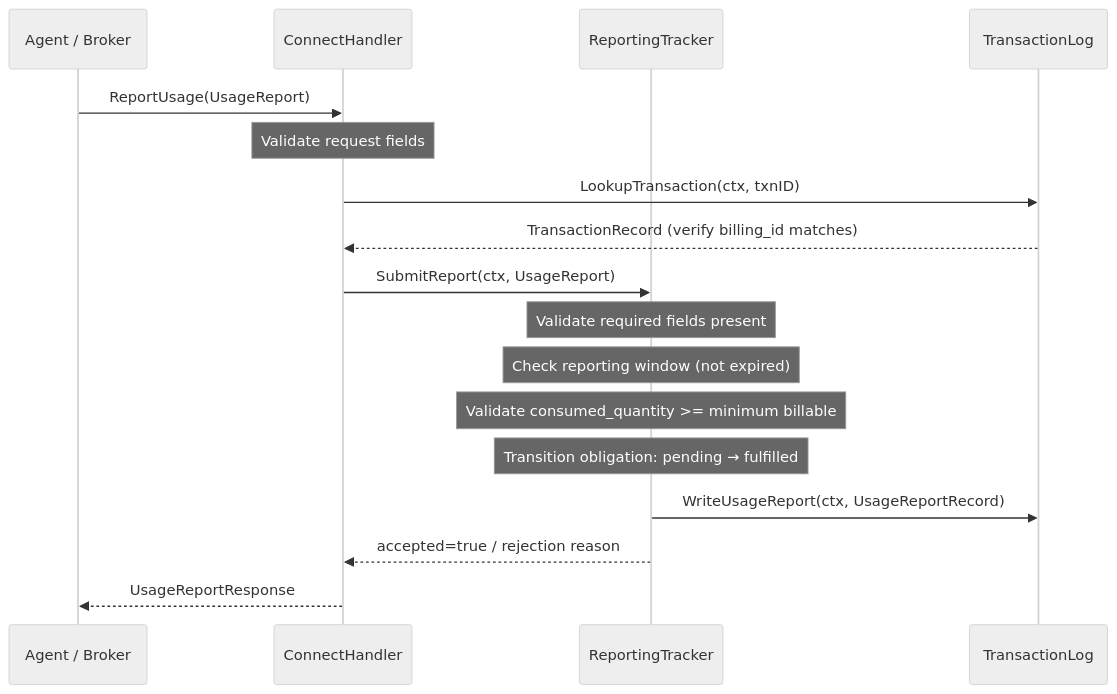
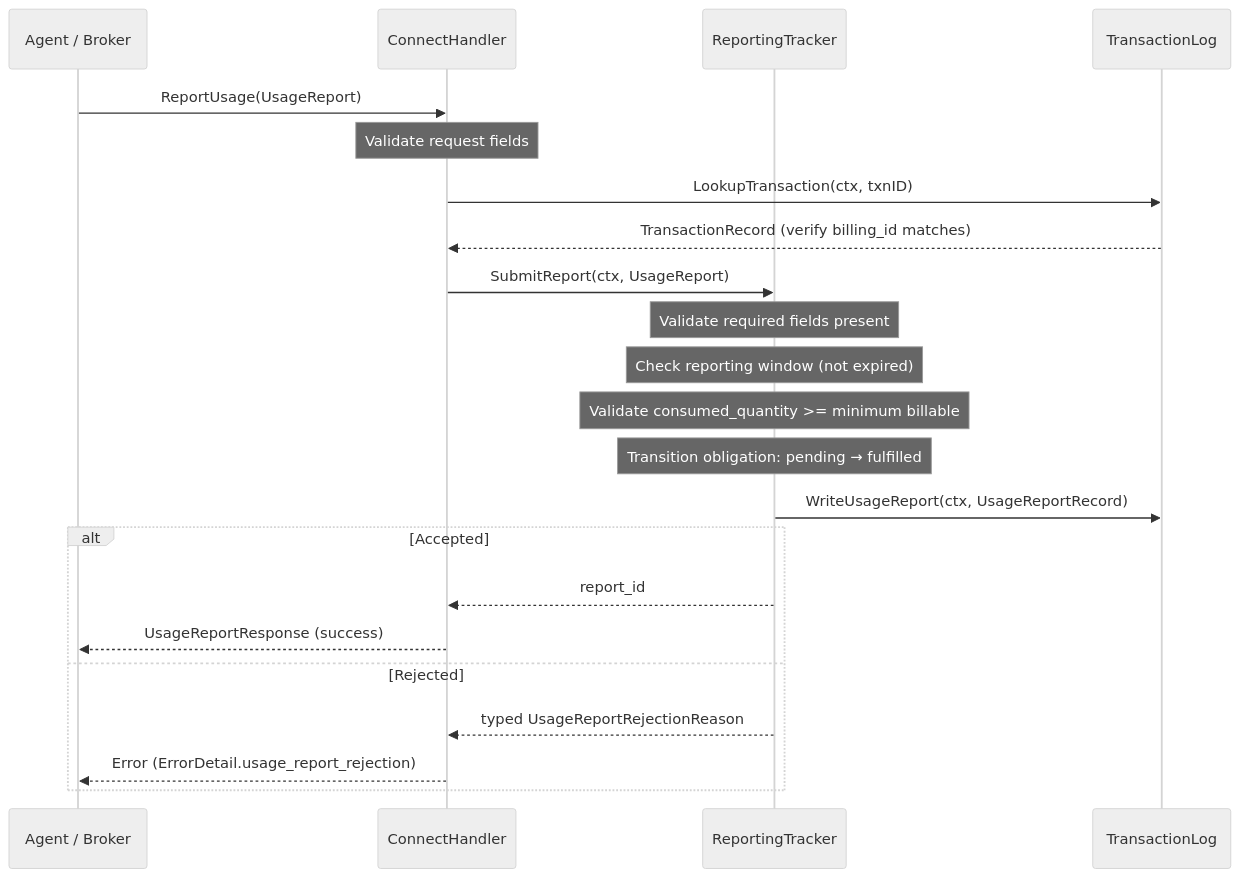
One commit to RAMP-Protocol/protocol changed the third of 5 diagrams in website/src/content/docs/components/exchange/request-flows.mdx. Above: the diagram before and after it, drawn with Mermaid (neutral theme). The commit also changed other lines of this file and 21 other files, not shown here.

````diff
--- a/website/src/content/docs/components/exchange/request-flows.mdx
+++ b/website/src/content/docs/components/exchange/request-flows.mdx
@@ -742,27 +755,31 @@
 ```mermaid
 sequenceDiagram
     participant Agent as Agent / Broker
     participant Handler as ConnectHandler
     participant RT as ReportingTracker
     participant TxLog as TransactionLog
 
     Agent->>Handler: ReportUsage(UsageReport)
 
     Note over Handler: Validate request fields
 
     Handler->>TxLog: LookupTransaction(ctx, txnID)
     TxLog-->>Handler: TransactionRecord (verify billing_id matches)
 
     Handler->>RT: SubmitReport(ctx, UsageReport)
 
     Note over RT: Validate required fields present
     Note over RT: Check reporting window (not expired)
     Note over RT: Validate consumed_quantity >= minimum billable
     Note over RT: Transition obligation: pending → fulfilled
 
     RT->>TxLog: WriteUsageReport(ctx, UsageReportRecord)
 
-    RT-->>Handler: accepted=true / rejection reason
-
-    Handler-->>Agent: UsageReportResponse
+    alt Accepted
+        RT-->>Handler: report_id
+        Handler-->>Agent: UsageReportResponse (success)
+    else Rejected
+        RT-->>Handler: typed UsageReportRejectionReason
+        Handler-->>Agent: Error (ErrorDetail.usage_report_rejection)
+    end
 ```
````
